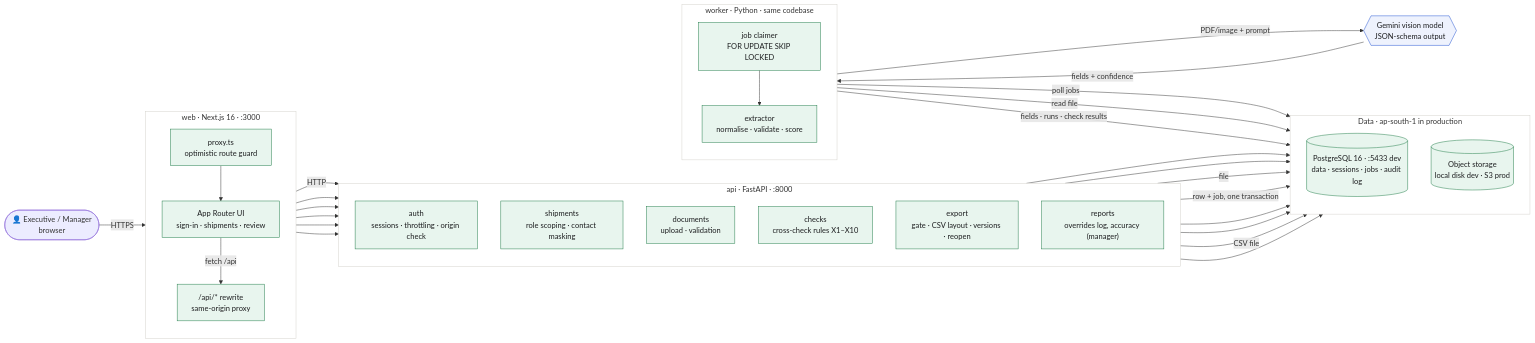
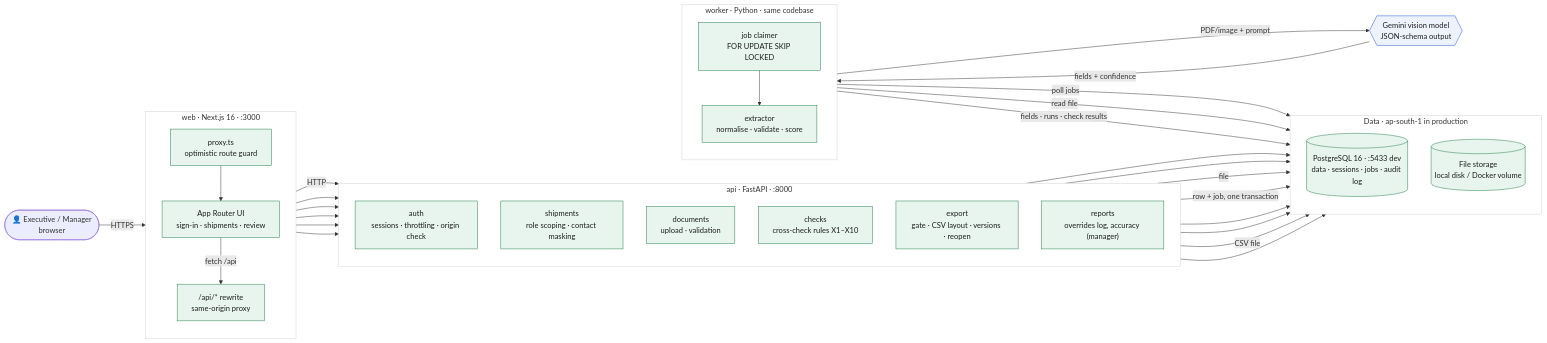
The first of 5 diagrams in README.md (priyanshu14077/veridoc), drawn with Mermaid before and after one commit. The commit also changed other lines of this file and 2 other files, not shown here.

````diff
--- a/README.md
+++ b/README.md
@@ -40,69 +40,69 @@
 ```mermaid
 flowchart LR
     user(["👤 Executive / Manager<br/>browser"])
 
     subgraph WEB["web · Next.js 16 · :3000"]
         direction TB
         proxy["proxy.ts<br/>optimistic route guard"]
         ui["App Router UI<br/>sign-in · shipments · review"]
         rewrite["/api/* rewrite<br/>same-origin proxy"]
     end
 
     subgraph API["api · FastAPI · :8000"]
         direction TB
         auth["auth<br/>sessions · throttling · origin check"]
         ships["shipments<br/>role scoping · contact masking"]
         docs["documents<br/>upload · validation"]
         checks["checks<br/>cross-check rules X1–X10"]
         export["export<br/>gate · CSV layout · versions · reopen"]
         reports["reports<br/>overrides log, accuracy (manager)"]
     end
 
     subgraph WORKER["worker · Python · same codebase"]
         direction TB
         claim["job claimer<br/>FOR UPDATE SKIP LOCKED"]
         extract["extractor<br/>normalise · validate · score"]
     end
 
     subgraph DATA["Data · ap-south-1 in production"]
         direction TB
         pg[("PostgreSQL 16 · :5433 dev<br/>data · sessions · jobs · audit log")]
-        store[("Object storage<br/>local disk dev · S3 prod")]
+        store[("File storage<br/>local disk / Docker volume")]
     end
 
     gemini{{"Gemini vision model<br/>JSON-schema output"}}
 
     user -->|HTTPS| proxy --> ui
     ui -->|fetch /api| rewrite -->|HTTP| auth
     rewrite --> ships
     rewrite --> docs
     rewrite --> checks
     rewrite --> export
     rewrite --> reports
 
     auth --> pg
     ships --> pg
     docs -->|file| store
     docs -->|row + job, one transaction| pg
     checks --> pg
     export --> pg
     export -->|CSV file| store
     reports --> pg
 
     claim -->|poll jobs| pg
     claim --> extract
     extract -->|read file| store
     extract -->|PDF/image + prompt| gemini
     gemini -->|fields + confidence| extract
     extract -->|fields · runs · check results| pg
 
     classDef built fill:#e8f5ee,stroke:#1d7a46,color:#1c1d1f
     classDef planned fill:#fbfbfa,stroke:#a35f00,stroke-dasharray:5 4,color:#4a4c50
     classDef ext fill:#eef2fd,stroke:#1f4fd1,color:#1c1d1f
     class proxy,ui,rewrite,auth,ships,docs,checks,export,reports,claim,extract,pg,store built
     class gemini ext
     style WEB fill:#ffffff,stroke:#d3d1cb
     style API fill:#ffffff,stroke:#d3d1cb
     style WORKER fill:#ffffff,stroke:#d3d1cb
     style DATA fill:#ffffff,stroke:#d3d1cb
 ```
````
